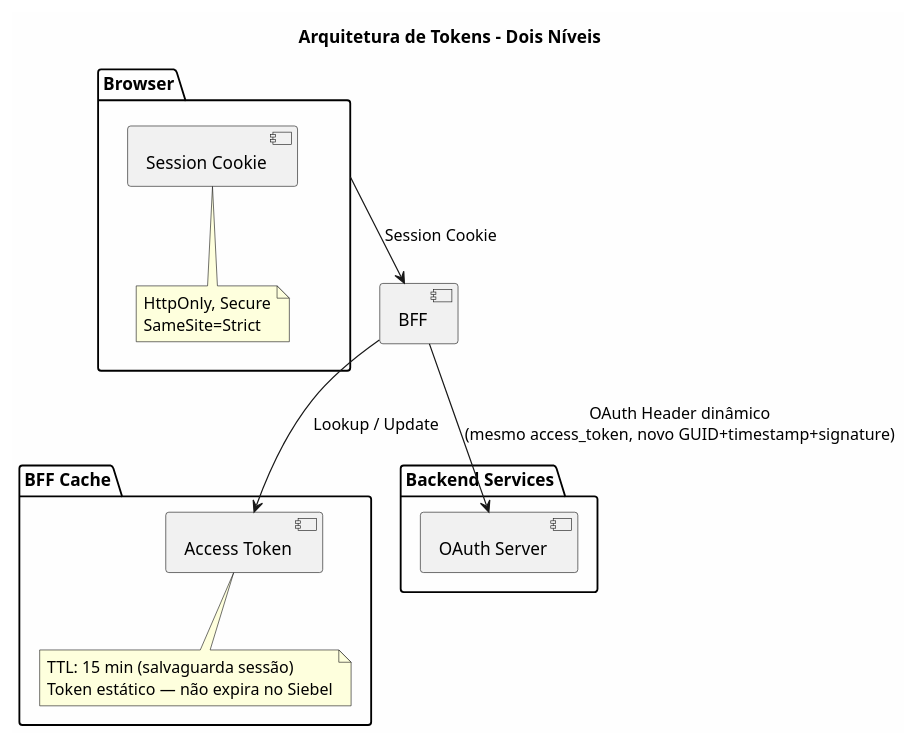
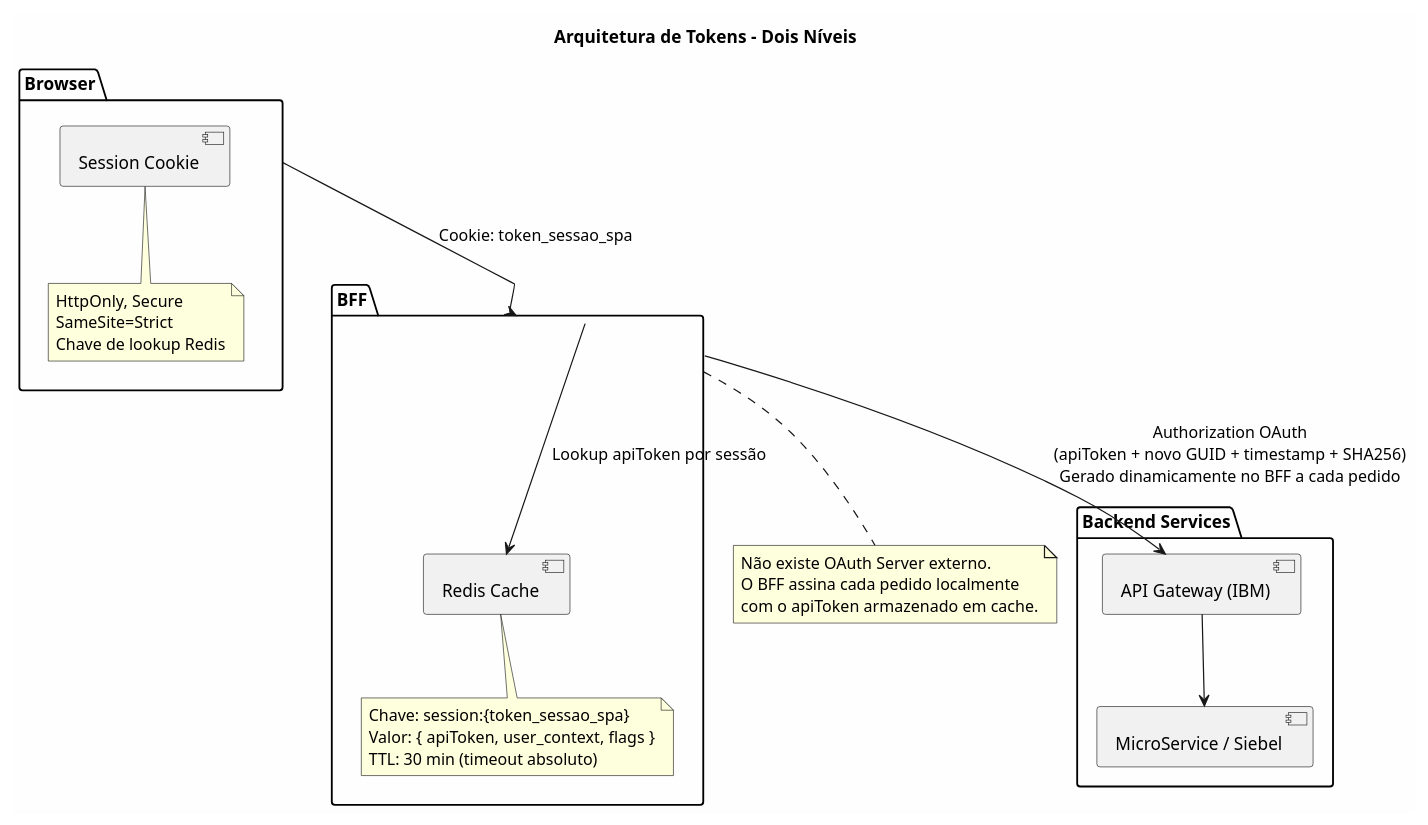
The fifth of 5 diagrams in project/sections/SEC-07-autenticacao-autorizacao.md (beduardo/novobanco_website_doc), drawn with PlantUML before and after one commit. The commit also changed other lines of this file and 22 other files, not shown here.

````diff
--- a/project/sections/SEC-07-autenticacao-autorizacao.md
+++ b/project/sections/SEC-07-autenticacao-autorizacao.md
@@ -321,32 +319,42 @@
 ```plantuml
 @startuml
 skinparam backgroundColor #FEFEFE
 
 title Arquitetura de Tokens - Dois Níveis
 
 package "Browser" {
     [Session Cookie] as SC
     note bottom of SC
         HttpOnly, Secure
         SameSite=Strict
+        Chave de lookup Redis
     end note
 }
 
-package "BFF Cache" {
-    [Access Token] as AT
-    note bottom of AT
-        TTL: 15 min (salvaguarda sessão)
-        Token estático — não expira no Siebel
+package "BFF" {
+    [Redis Cache] as CACHE
+    note bottom of CACHE
+        Chave: session:{token_sessao_spa}
+        Valor: { apiToken, user_context, flags }
+        TTL: 30 min (timeout absoluto)
     end note
 }
 
 package "Backend Services" {
-    [OAuth Server] as OAUTH
+    [API Gateway (IBM)] as APIGW
+    [MicroService / Siebel] as SIEBEL
+    APIGW --> SIEBEL
 }
 
-[Browser] --> [BFF] : Session Cookie
-[BFF] --> AT : Lookup / Update
-[BFF] --> OAUTH : OAuth Header dinâmico\n(mesmo access_token, novo GUID+timestamp+signature)
+[Browser] --> [BFF] : Cookie: token_sessao_spa
+[BFF] --> CACHE : Lookup apiToken por sessão
+[BFF] --> APIGW : Authorization OAuth\n(apiToken + novo GUID + timestamp + SHA256)\nGerado dinamicamente no BFF a cada pedido
+
+note bottom of BFF
+  Não existe OAuth Server externo.
+  O BFF assina cada pedido localmente
+  com o apiToken armazenado em cache.
+end note
 
 @enduml
 ```
````
